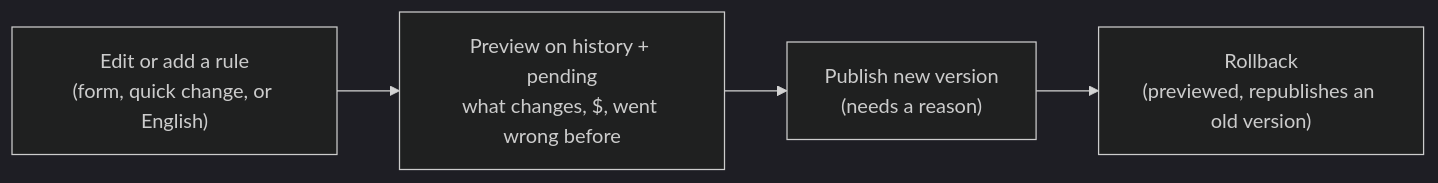
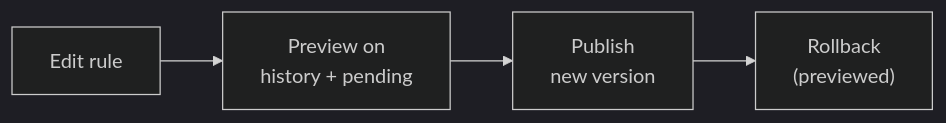
One commit to amitoshita/refund-triage changed the second of 2 diagrams in README.md. Above: the diagram before and after it, drawn with Mermaid (dark theme). The commit also changed other lines of this file, not shown here.

Commit message:
README: shorter Mermaid labels so the diagrams read at GitHub's width

````diff
--- a/README.md
+++ b/README.md
@@ -54,6 +54,6 @@
 ```mermaid
 flowchart LR
-    edit["Edit or add a rule<br/>(form, quick change, or English)"] --> preview["Preview on history + pending<br/>what changes, $, went wrong before"]
-    preview --> publish["Publish new version<br/>(needs a reason)"]
-    publish --> rollback["Rollback<br/>(previewed, republishes an old version)"]
+    edit["Edit rule"] --> preview["Preview on<br/>history + pending"]
+    preview --> publish["Publish<br/>new version"]
+    publish --> rollback["Rollback<br/>(previewed)"]
 ```
````
